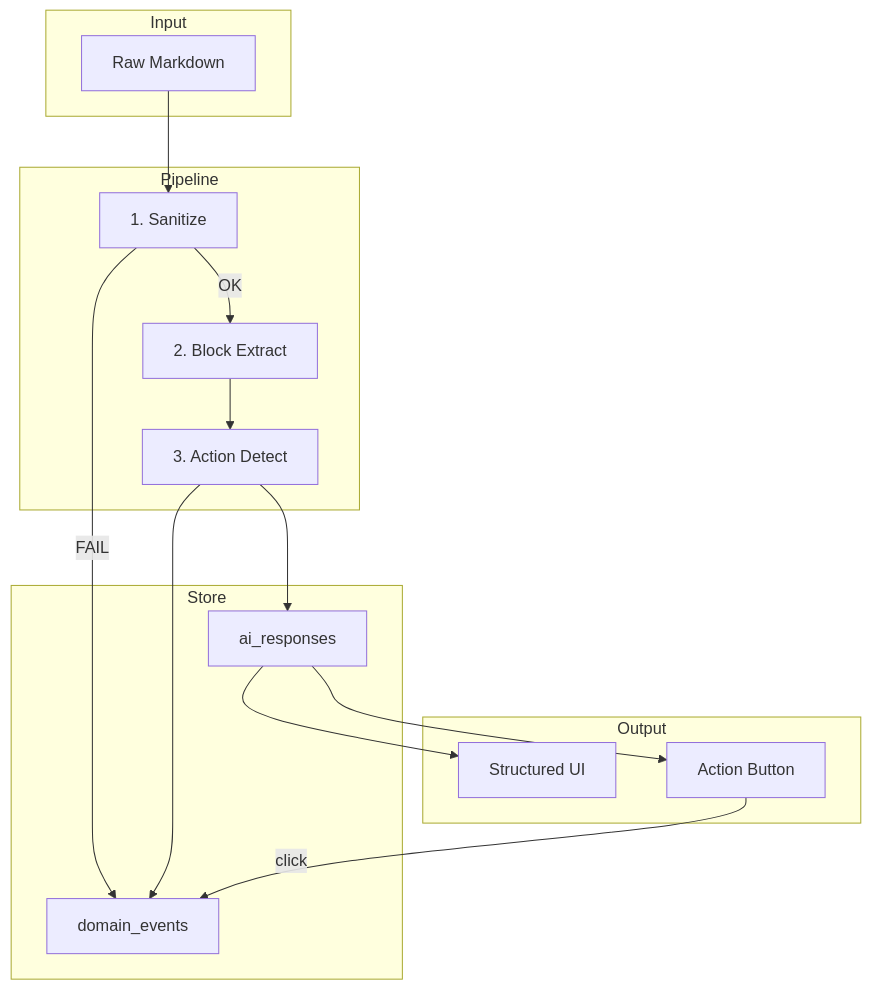
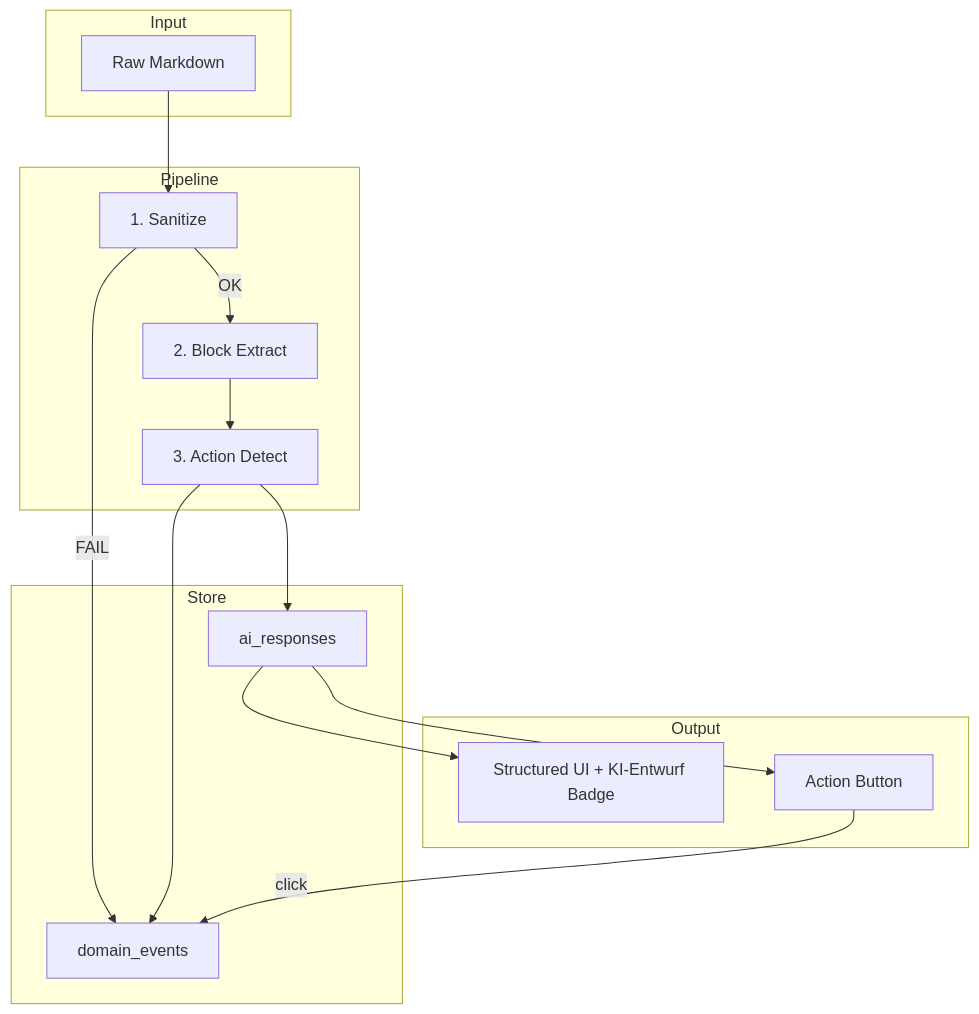
Before and after one commit to DanielDeckertConsulting/MediCertAI: the diagram in docs/diagrams/ai-response-rendering-flow.mmd, drawn with Mermaid. The commit also changed 67 other files, not shown here.

```diff
--- a/docs/diagrams/ai-response-rendering-flow.mmd
+++ b/docs/diagrams/ai-response-rendering-flow.mmd
@@ -1,30 +1,30 @@
 flowchart TB
     subgraph Input
         MD[Raw Markdown]
     end
 
     subgraph Pipeline
         S1[1. Sanitize]
         S2[2. Block Extract]
         S3[3. Action Detect]
     end
 
     subgraph Store
         EVT[domain_events]
         AR[ai_responses]
     end
 
     subgraph Output
-        UI[Structured UI]
+        UI[Structured UI + KI-Entwurf Badge]
         ACT[Action Button]
     end
 
     MD --> S1
     S1 -->|OK| S2
     S1 -->|FAIL| EVT
     S2 --> S3
     S3 --> EVT
     S3 --> AR
     AR --> UI
     AR --> ACT
     ACT -->|click| EVT
```
